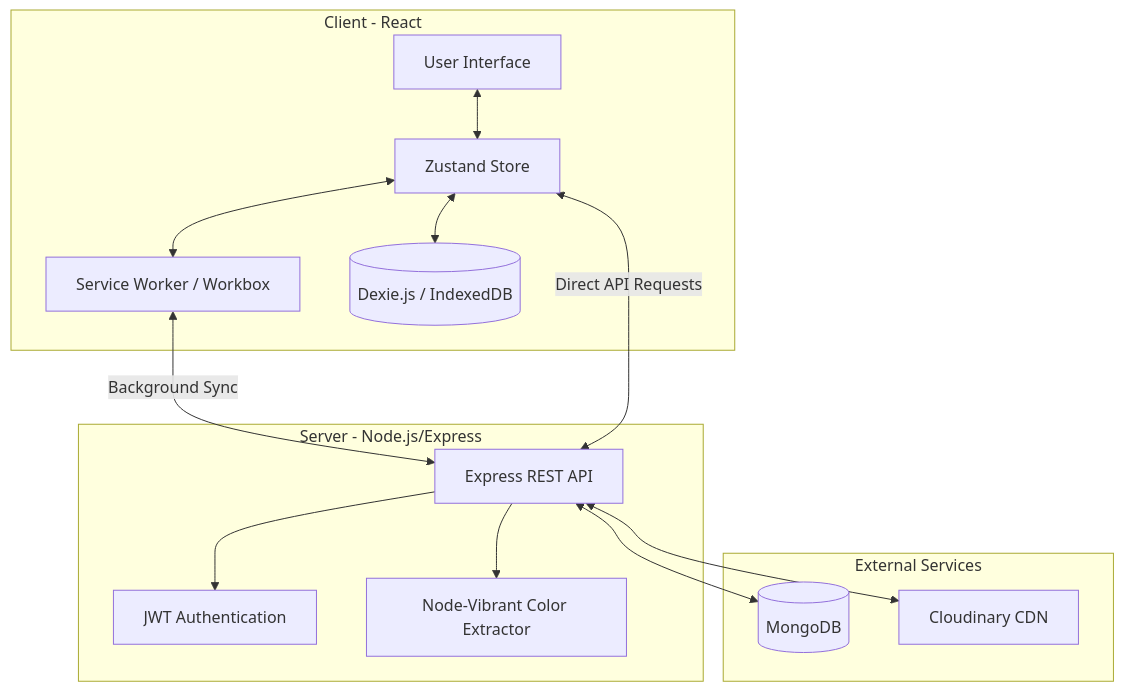
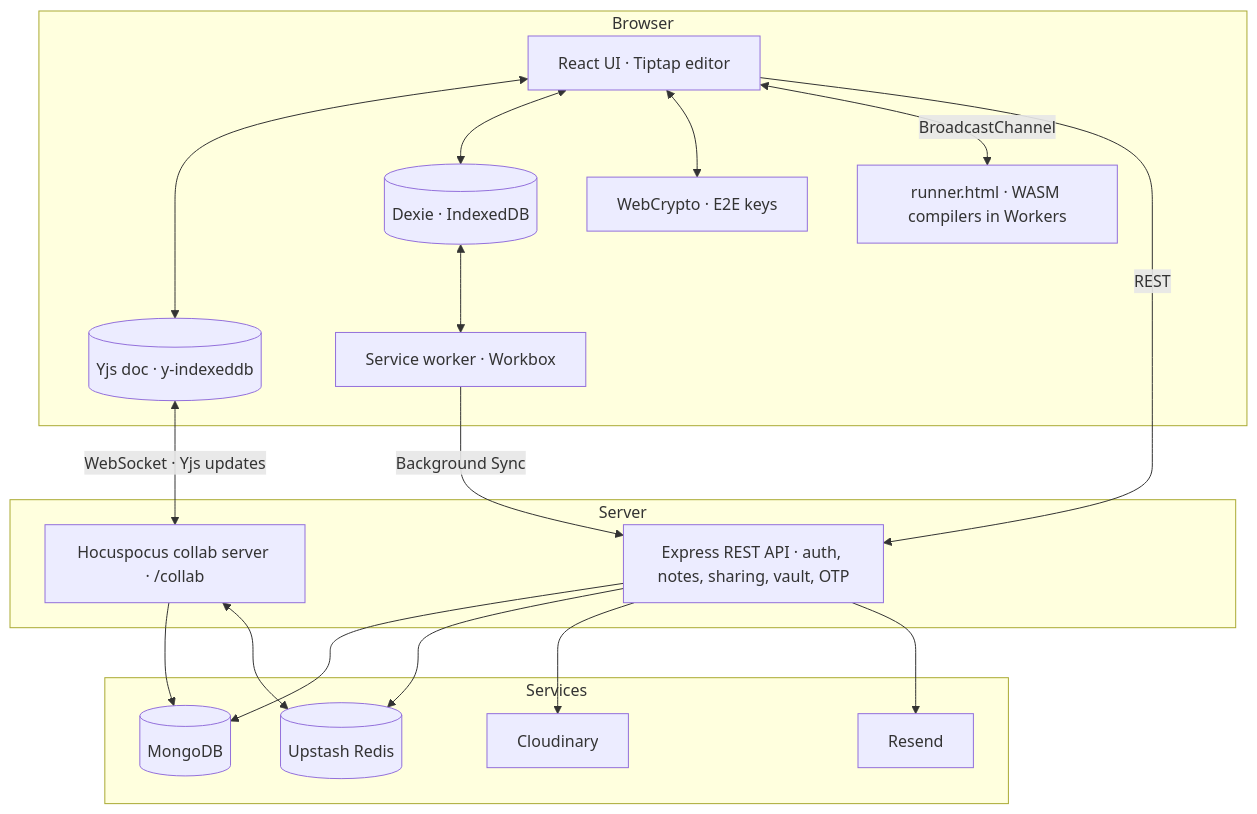
Before and after one commit to banerjee2080/Notes_app: the diagram in README.md, drawn with Mermaid. The commit also changed other lines of this file and 18 other files, not shown here.

````diff
--- a/README.md
+++ b/README.md
@@ -58,32 +136,39 @@
 ```mermaid
 graph TD
-    subgraph Frontend [Client - React]
-        UI[User Interface]
-        State[Zustand Store]
-        SW[Service Worker / Workbox]
-        IDB[(Dexie.js / IndexedDB)]
+    subgraph Browser
+        UI[React UI · Tiptap editor]
+        Y[(Yjs doc · y-indexeddb)]
+        IDB[(Dexie · IndexedDB)]
+        SW[Service worker · Workbox]
+        WC[WebCrypto · E2E keys]
+        RUN[runner.html · WASM compilers in Workers]
 
-        UI <--> State
-        State <--> IDB
-        State <--> SW
+        UI <--> Y
+        UI <--> IDB
+        UI <--> WC
+        UI <-->|BroadcastChannel| RUN
+        IDB <--> SW
     end
 
-    subgraph Backend [Server - Node.js/Express]
-        API[Express REST API]
-        Auth[JWT Authentication]
-        Vibrant[Node-Vibrant Color Extractor]
-
-        API --> Auth
-        API --> Vibrant
+    subgraph Server
+        API[Express REST API · auth, notes, sharing, vault, OTP]
+        COLLAB[Hocuspocus collab server · /collab]
     end
 
-    subgraph External [External Services]
+    subgraph Services
         DB[(MongoDB)]
-        Cloudinary[Cloudinary CDN]
+        REDIS[(Upstash Redis)]
+        CDN[Cloudinary]
+        MAIL[Resend]
     end
 
-    SW <--> |"Background Sync"| API
-    State <--> |"Direct API Requests"| API
-    API <--> DB
-    API <--> Cloudinary
+    UI -->|REST| API
+    SW -->|Background Sync| API
+    Y <-->|WebSocket · Yjs updates| COLLAB
+    API --> DB
+    COLLAB --> DB
+    COLLAB <--> REDIS
+    API --> REDIS
+    API --> CDN
+    API --> MAIL
 ```
````
